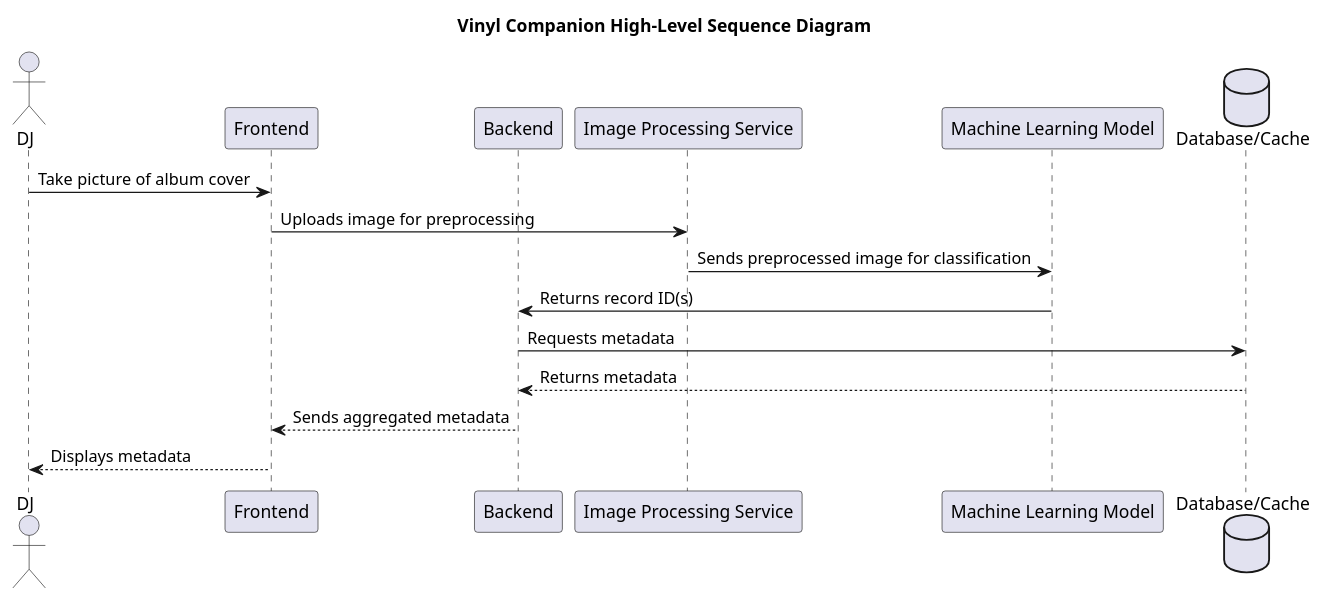
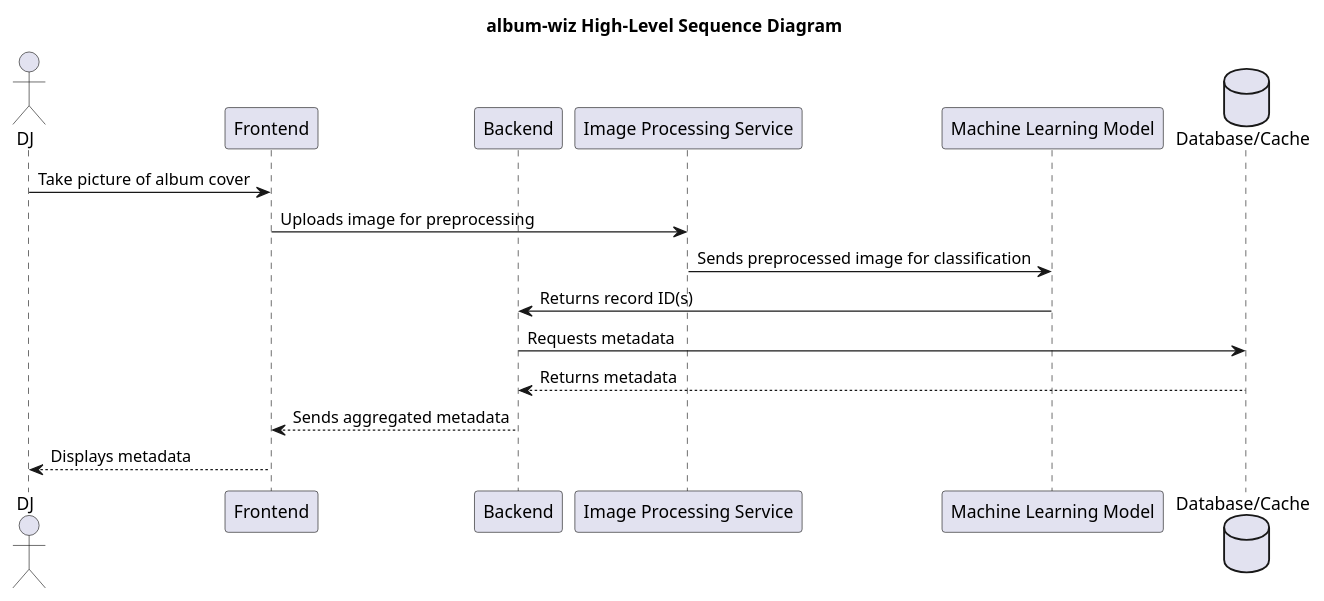
One commit to mdrxy/album-wiz changed the diagram in diagrams/app-sequence.puml. Above: the diagram before and after it, drawn with PlantUML. The commit also changed 3 other files, not shown here.

Commit message:
Update README and PlantUML diagrams for album-wiz; add deployment and routine metadata updates

```diff
--- a/diagrams/app-sequence.puml
+++ b/diagrams/app-sequence.puml
@@ -1,18 +1,18 @@
-@startuml Vinyl Companion High-Level Sequence Diagram
-title Vinyl Companion High-Level Sequence Diagram
+@startuml album-wiz High-Level Sequence Diagram
+title album-wiz High-Level Sequence Diagram
 actor DJ as User
 participant "Frontend" as App
 participant "Backend" as Backend
 participant "Image Processing Service" as ImgProc
 participant "Machine Learning Model" as MLModel
 database "Database/Cache" as DB
 
 User -> App: Take picture of album cover
 App -> ImgProc: Uploads image for preprocessing
 ImgProc -> MLModel: Sends preprocessed image for classification
 MLModel -> Backend: Returns record ID(s)
 Backend -> DB: Requests metadata
 DB --> Backend: Returns metadata
 Backend --> App: Sends aggregated metadata
 App --> User: Displays metadata
 @enduml
```
